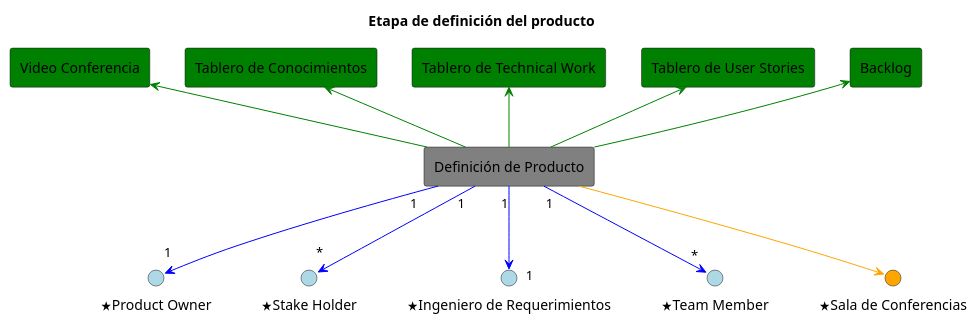
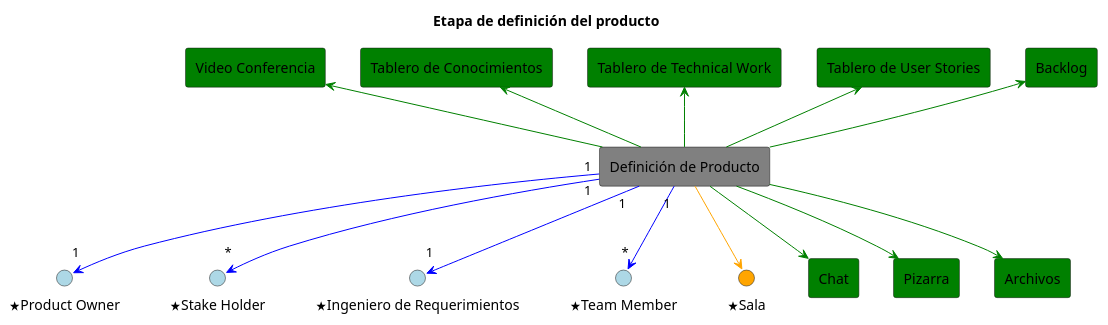
The first of 2 diagrams in entrega1/actividades/product/product.plantuml (pablodanielrey/colaborativos), drawn with PlantUML before and after one commit. The commit also changed other lines of this file, not shown here.

```diff
--- a/entrega1/actividades/product/product.plantuml
+++ b/entrega1/actividades/product/product.plantuml
@@ -1,28 +1,34 @@
 @startuml
 title Etapa de definición del producto
 allowmixing
 
 () "<&star>Product Owner" as owner #LightBlue
 () "<&star>Stake Holder" as sh #LightBlue
 () "<&star>Ingeniero de Requerimientos" as rem #LightBlue
 () "<&star>Team Member" as tm #LightBlue
-() "<&star>Sala de Conferencias" as room #Orange
+() "<&star>Sala" as room #Orange
 rectangle "Definición de Producto" as product #Gray
 rectangle "Tablero de User Stories" as user_stories #Green
 rectangle "Tablero de Technical Work" as technical_work #Green
 rectangle "Tablero de Conocimientos" as knoledge_adquisition #Green
 rectangle "Backlog" as product_backlog #Green
 rectangle "Video Conferencia" as video #Green
+rectangle "Chat" as chat #Green
+rectangle "Pizarra" as blackboard #Green
+rectangle "Archivos" as files #Green
 
 product "1" -d[#Blue]-> "1" owner
 product "1" -d[#Blue]-> "*" sh
 product "1" -d[#Blue]-> "1" rem
 product "1" -d[#Blue]-> "*" tm
 product -u[#Green]-> product_backlog
 product -u[#Green]-> user_stories
 product -u[#Green]-> technical_work
 product -u[#Green]-> knoledge_adquisition
 product -u[#Green]-> video
 product -d[#Orange]-> room
+product -d[#Green]-> blackboard
+product -d[#Green]-> chat
+product -d[#Green]-> files
 
 @enduml
```
